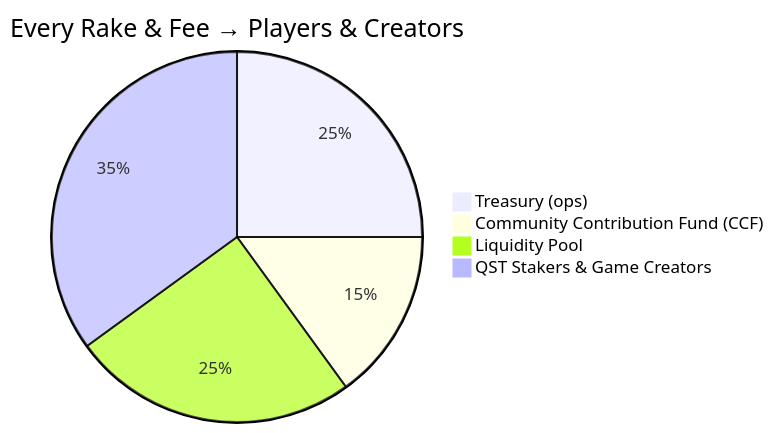
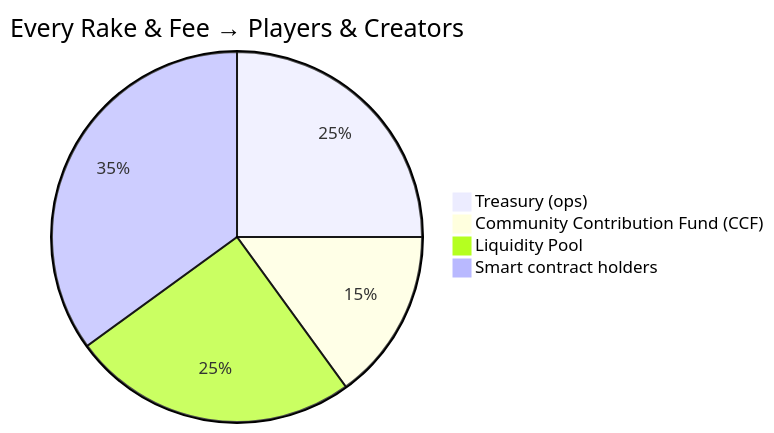
Before and after one commit to nineisten/qusino: the diagram in README.md, drawn with Mermaid.

Commit message:
build:edited readme

````diff
--- a/README.md
+++ b/README.md
@@ -41,7 +41,7 @@
 ```mermaid
 pie title Every Rake & Fee → Players & Creators
     "Treasury (ops)" : 25
     "Community Contribution Fund (CCF)" : 15
     "Liquidity Pool" : 25
-    "QST Stakers & Game Creators" : 35
+    "Smart contract holders" : 35
 ```
````
